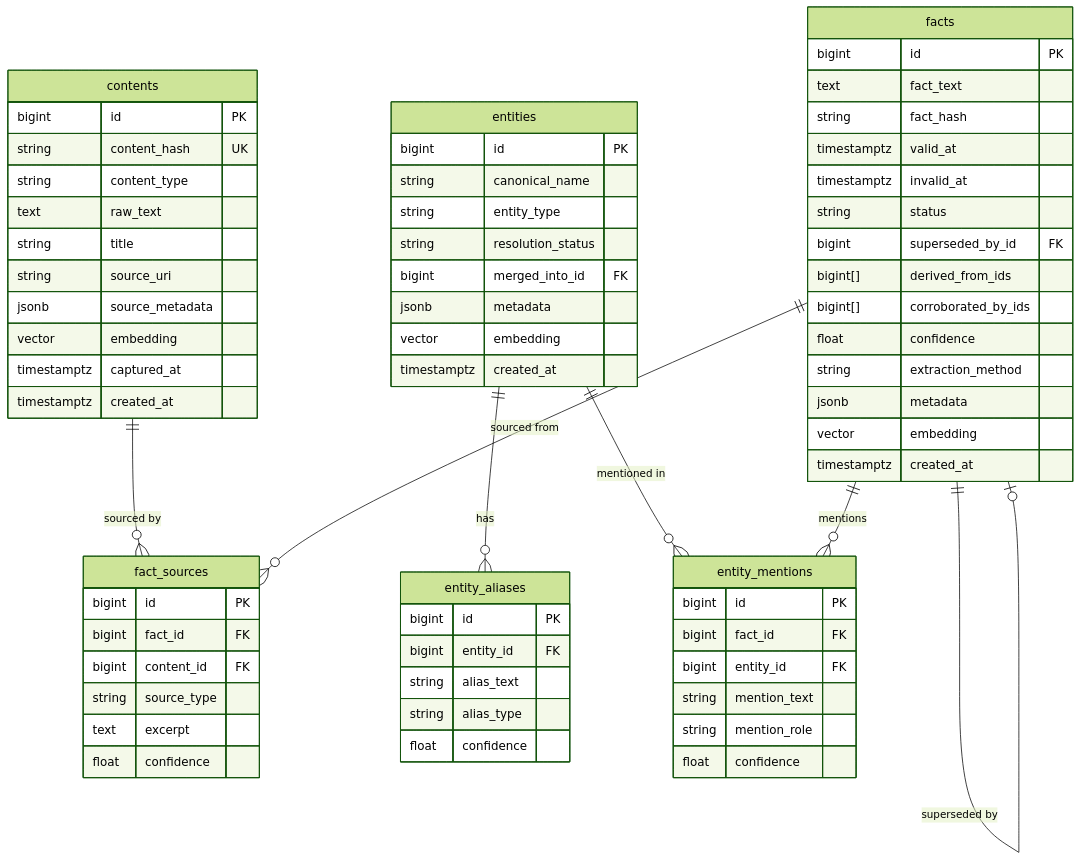
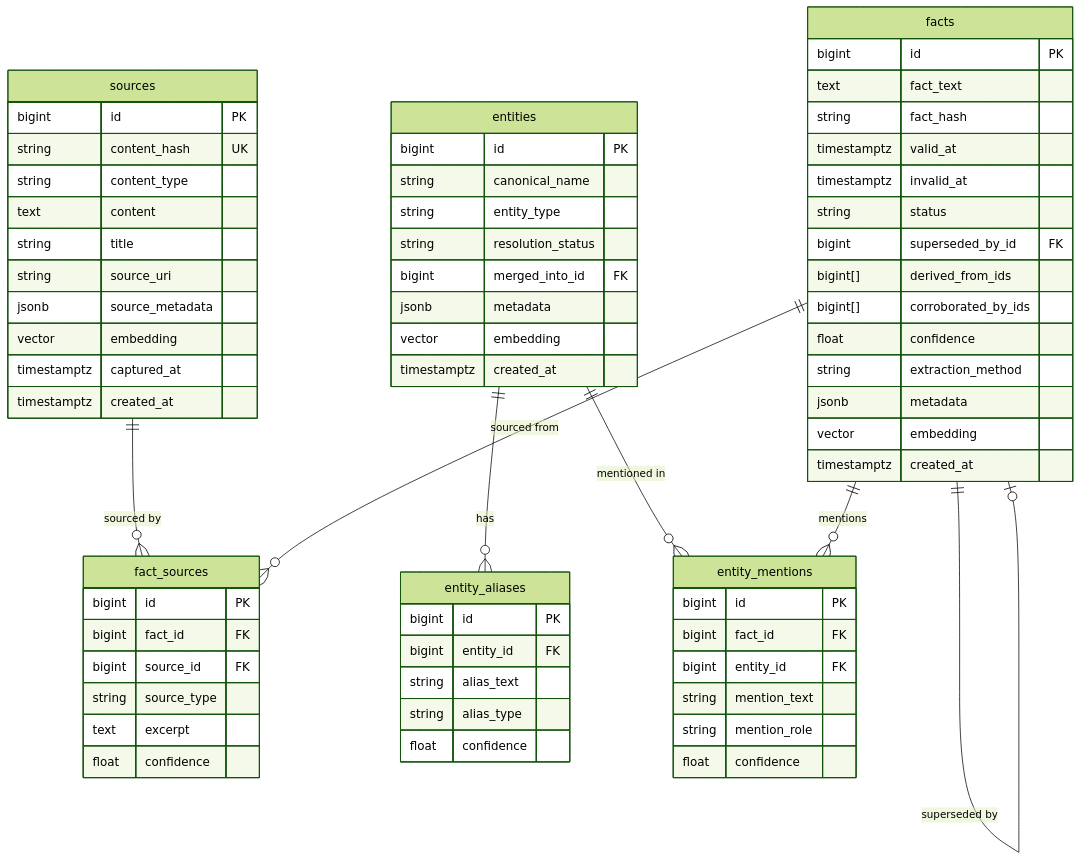
Before and after one commit to MadBomber/fact_db: the diagram in docs/architecture/database-schema.md, drawn with Mermaid (forest theme). The commit also changed other lines of this file and 45 other files, not shown here.

First line of the commit message:
refactor(migration): rename contents table to sources with semantic column adjustments

````diff
--- a/docs/architecture/database-schema.md
+++ b/docs/architecture/database-schema.md
@@ -7,76 +7,76 @@
 ```mermaid
 erDiagram
-    contents ||--o{ fact_sources : "sourced by"
+    sources ||--o{ fact_sources : "sourced by"
     entities ||--o{ entity_aliases : "has"
     entities ||--o{ entity_mentions : "mentioned in"
     facts ||--o{ entity_mentions : "mentions"
     facts ||--o{ fact_sources : "sourced from"
     facts ||--o| facts : "superseded by"
 
-    contents {
+    sources {
         bigint id PK
         string content_hash UK
         string content_type
-        text raw_text
+        text content
         string title
         string source_uri
         jsonb source_metadata
         vector embedding
         timestamptz captured_at
         timestamptz created_at
     }
 
     entities {
         bigint id PK
         string canonical_name
         string entity_type
         string resolution_status
         bigint merged_into_id FK
         jsonb metadata
         vector embedding
         timestamptz created_at
     }
 
     entity_aliases {
         bigint id PK
         bigint entity_id FK
         string alias_text
         string alias_type
         float confidence
     }
 
     facts {
         bigint id PK
         text fact_text
         string fact_hash
         timestamptz valid_at
         timestamptz invalid_at
         string status
         bigint superseded_by_id FK
         bigint[] derived_from_ids
         bigint[] corroborated_by_ids
         float confidence
         string extraction_method
         jsonb metadata
         vector embedding
         timestamptz created_at
     }
 
     entity_mentions {
         bigint id PK
         bigint fact_id FK
         bigint entity_id FK
         string mention_text
         string mention_role
         float confidence
     }
 
     fact_sources {
         bigint id PK
         bigint fact_id FK
-        bigint content_id FK
+        bigint source_id FK
         string source_type
         text excerpt
         float confidence
     }
 ```
````
